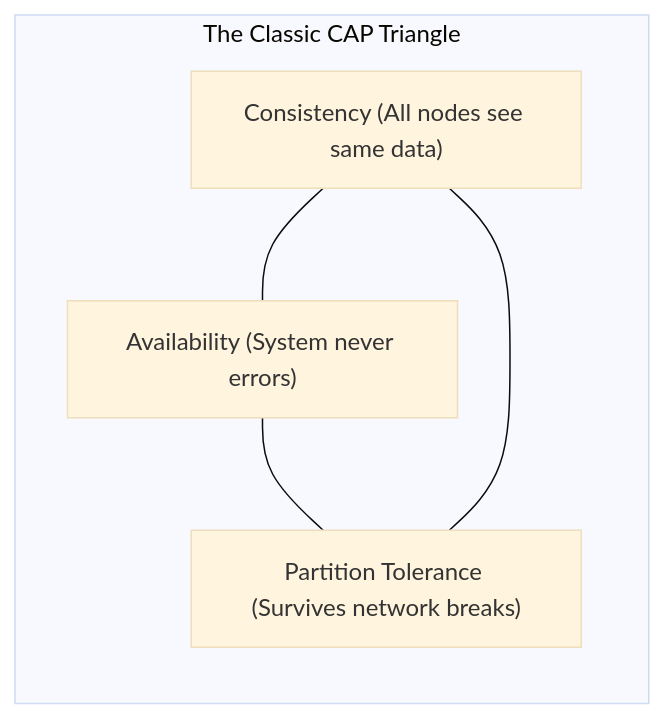
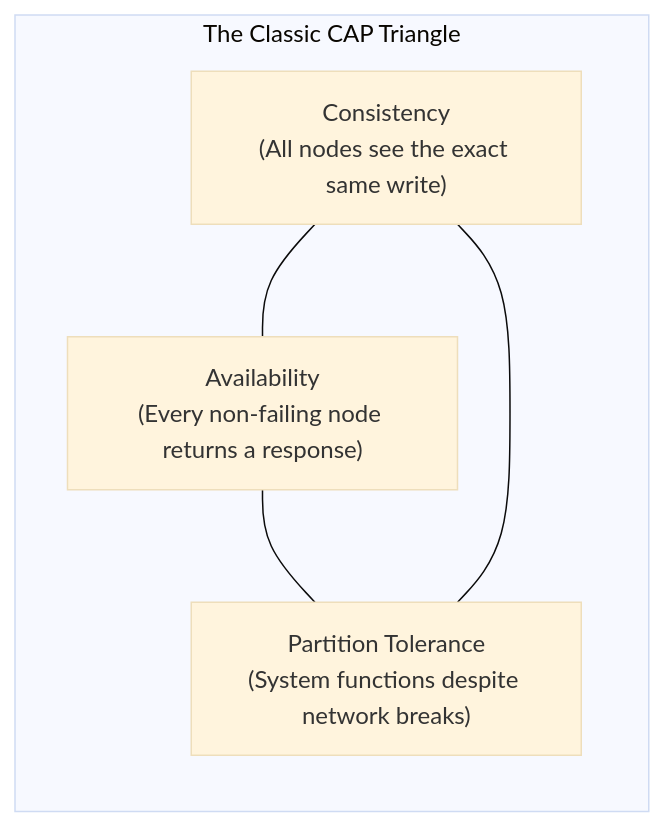
The first of 2 diagrams in 06-databases/cap-theorem.md (Sujalkathait/high-level-design), drawn with Mermaid (base theme) before and after one commit. The commit also changed other lines of this file and 41 other files, not shown here.

````diff
--- a/06-databases/cap-theorem.md
+++ b/06-databases/cap-theorem.md
@@ -13,12 +15,12 @@
 ```mermaid
 flowchart TD
     subgraph Trilemma [The Classic CAP Triangle]
         direction TB
-        C["Consistency (All nodes see same data)"]
-        A["Availability (System never errors)"]
-        P["Partition Tolerance (Survives network breaks)"]
+        C["Consistency\n(All nodes see the exact same write)"]
+        A["Availability\n(Every non-failing node returns a response)"]
+        P["Partition Tolerance\n(System functions despite network breaks)"]
         C --- A
         A --- P
         P --- C
     end
 ```
````
